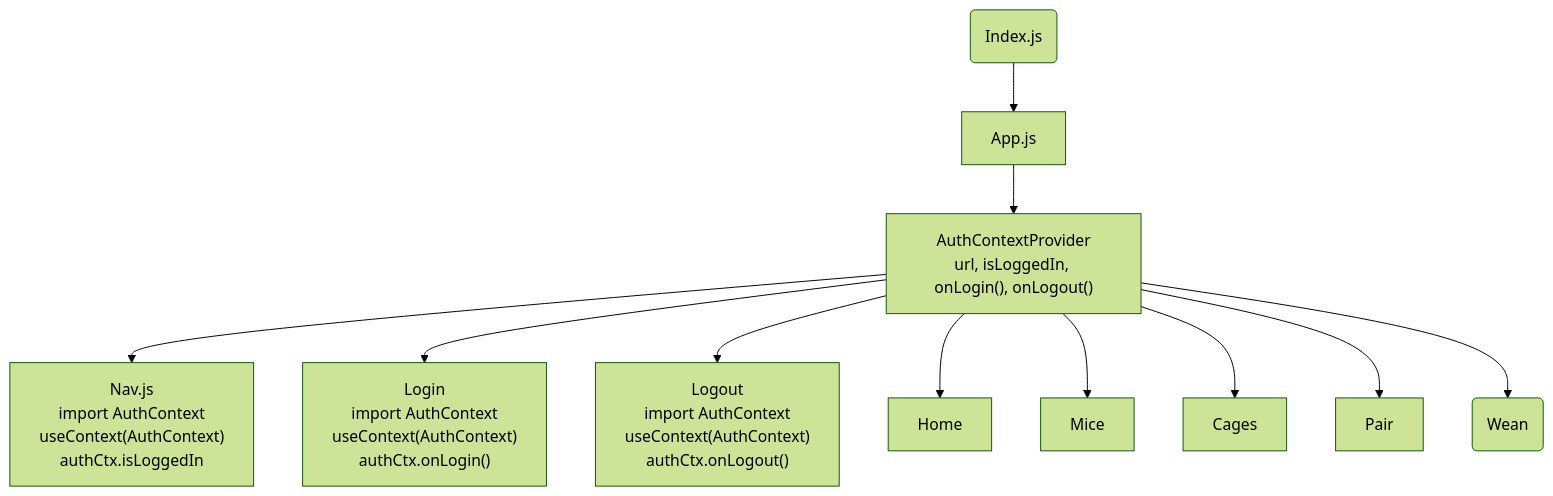
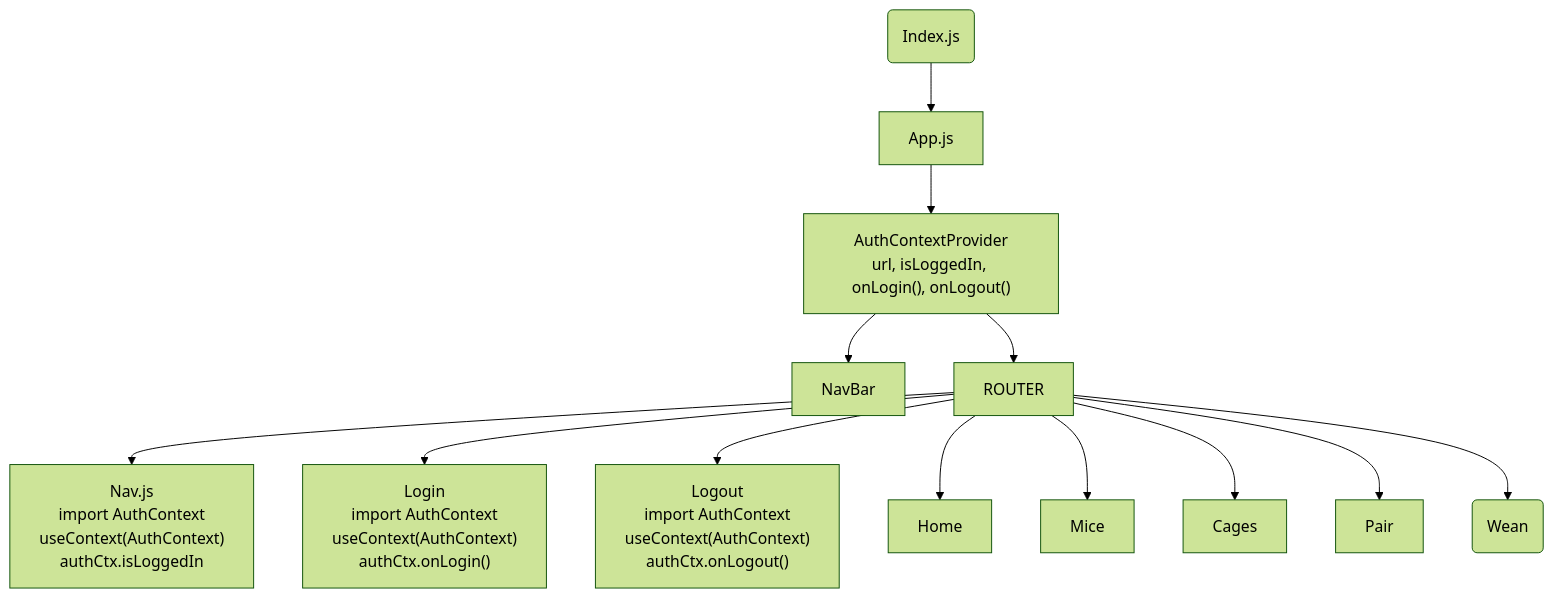
One commit to jwang1122/mice changed diagram 14 of 14 in doc/mice.md. Above: the diagram before and after it, drawn with Mermaid (forest theme). The commit also changed other lines of this file, not shown here.

````diff
--- a/doc/mice.md
+++ b/doc/mice.md
@@ -393,19 +399,20 @@
 ```mermaid
 graph TB
 
 INDEX(Index.js)
 APP[App.js]
 AUTH["AuthContextProvider<br>url, isLoggedIn, onLogin(), onLogout()"]
 LOGIN["Login<br>import AuthContext<br>useContext(AuthContext)<br>authCtx.onLogin()"]
 LOGOUT["Logout<br>import AuthContext<br>useContext(AuthContext)<br>authCtx.onLogout()"]
 NAVBAR["Nav.js<br>import AuthContext<br>useContext(AuthContext)<br>authCtx.isLoggedIn"]
 HOME[Home]
 MICE[Mice]
 CAGE[Cages]
 PAIR[Pair]
 WEAN(Wean)
 
-INDEX --> APP --> AUTH
-AUTH --> NAVBAR & LOGIN & LOGOUT & HOME & MICE & CAGE & PAIR & WEAN
+INDEX --> APP --> AUTH --> NavBar 
+AUTH-->ROUTER
+ROUTER --> NAVBAR & LOGIN & LOGOUT & HOME & MICE & CAGE & PAIR & WEAN
 
 ```
````
